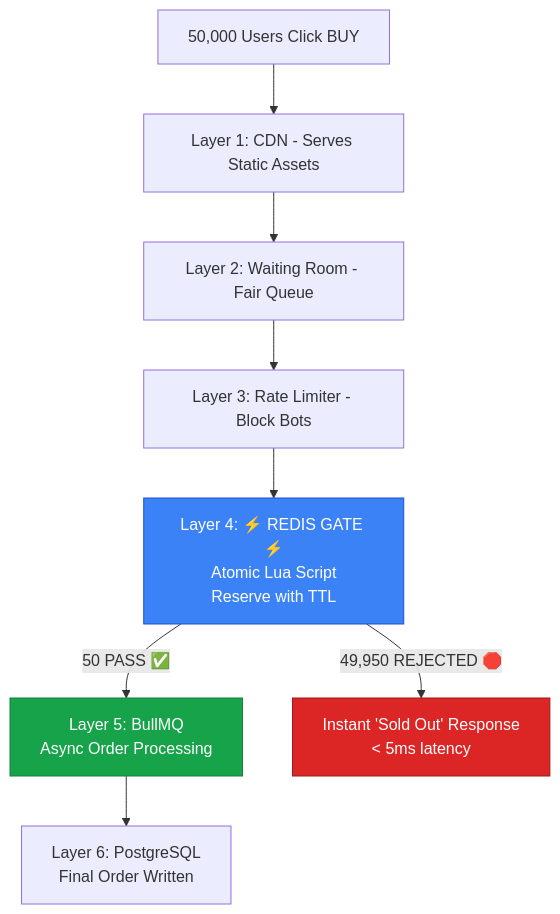
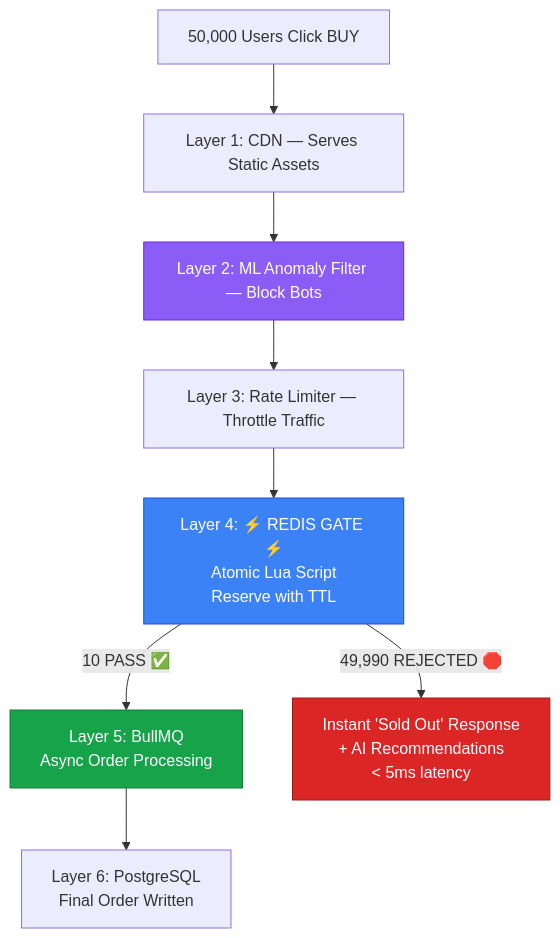
The first of 7 diagrams in the_midnight_gate_explained.md (veeralsaxena/The-midnight-gate), drawn with Mermaid before and after one commit. The commit also changed other lines of this file and 22 other files, not shown here.

````diff
--- a/the_midnight_gate_explained.md
+++ b/the_midnight_gate_explained.md
@@ -119,14 +156,15 @@
 ```mermaid
 graph TD
-    A["50,000 Users Click BUY"] --> B["Layer 1: CDN - Serves Static Assets"]
-    B --> C["Layer 2: Waiting Room - Fair Queue"]
-    C --> D["Layer 3: Rate Limiter - Block Bots"]
+    A["50,000 Users Click BUY"] --> B["Layer 1: CDN — Serves Static Assets"]
+    B --> C["Layer 2: ML Anomaly Filter — Block Bots"]
+    C --> D["Layer 3: Rate Limiter — Throttle Traffic"]
     D --> E["Layer 4: ⚡ REDIS GATE ⚡<br/>Atomic Lua Script<br/>Reserve with TTL"]
-    E -->|"50 PASS ✅"| F["Layer 5: BullMQ<br/>Async Order Processing"]
-    E -->|"49,950 REJECTED 🛑"| G["Instant 'Sold Out' Response<br/>< 5ms latency"]
+    E -->|"10 PASS ✅"| F["Layer 5: BullMQ<br/>Async Order Processing"]
+    E -->|"49,990 REJECTED 🛑"| G["Instant 'Sold Out' Response<br/>+ AI Recommendations<br/>< 5ms latency"]
     F --> H["Layer 6: PostgreSQL<br/>Final Order Written"]
 
     style E fill:#3B82F6,stroke:#1d4ed8,color:white
     style G fill:#dc2626,stroke:#991b1b,color:white
     style F fill:#16a34a,stroke:#15803d,color:white
+    style C fill:#8B5CF6,stroke:#6d28d9,color:white
 ```
````
